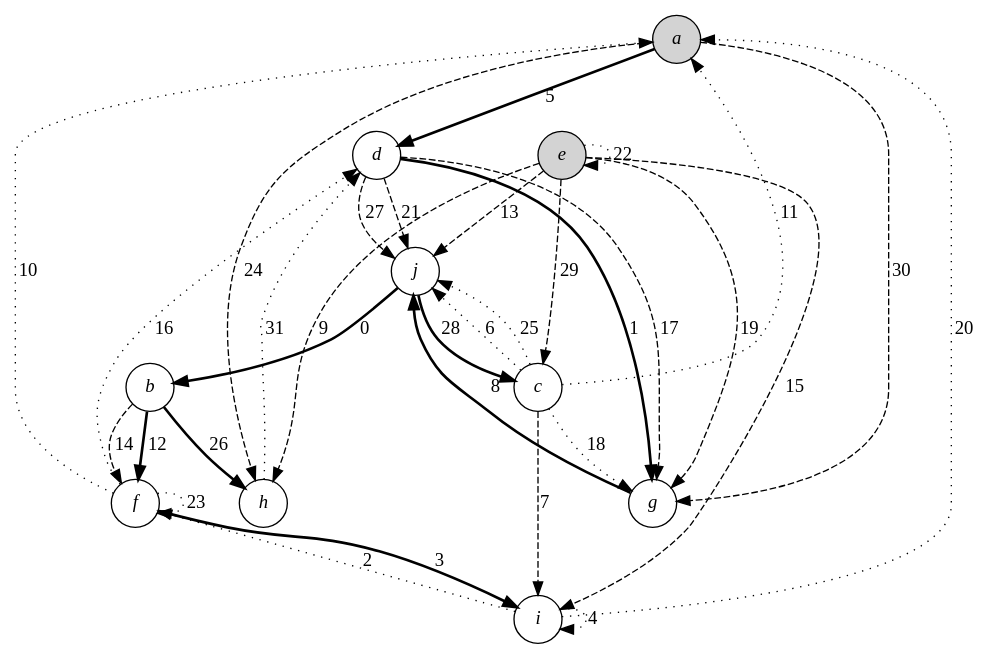
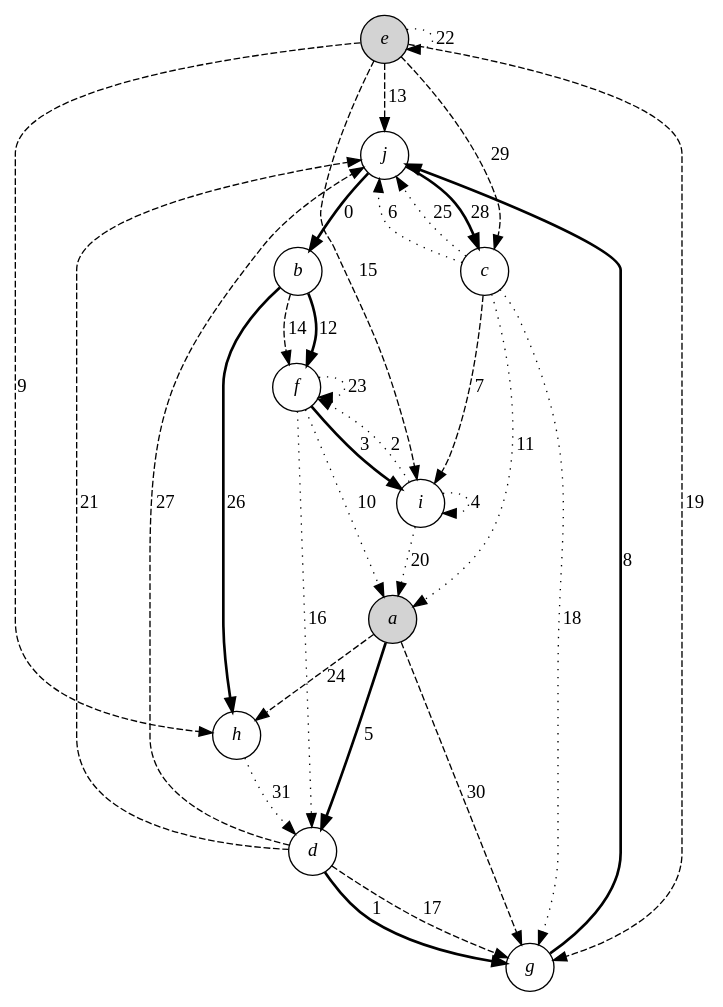
Before and after one commit to qbit86/arborescence: the diagram in src/Ubiquitous.Workbench/IndexedGraphs/04.gv, drawn with Graphviz. The commit also changed other lines of this file and 1 other file, not shown here.

```diff
--- a/src/Ubiquitous.Workbench/IndexedGraphs/04.gv
+++ b/src/Ubiquitous.Workbench/IndexedGraphs/04.gv
@@ -1,37 +1,37 @@
 digraph "Boost DFS forest" {
   node [shape=circle fontname="Times-Italic"]
-  a [style=filled]
-  e [style=filled]
   j -> b [label=0 style=bold]
   d -> g [label=1 style=bold]
   i -> f [label=2 style=dotted]
   f -> i [label=3 style=bold]
   i -> i [label=4 style=dotted]
   a -> d [label=5 style=bold]
   c -> j [label=6 style=dotted]
   c -> i [label=7 style=dashed]
   g -> j [label=8 style=bold]
   e -> h [label=9 style=dashed]
   f -> a [label=10 style=dotted]
   c -> a [label=11 style=dotted]
   b -> f [label=12 style=bold]
   e -> j [label=13 style=dashed]
   b -> f [label=14 style=dashed]
   e -> i [label=15 style=dashed]
   f -> d [label=16 style=dotted]
   d -> g [label=17 style=dashed]
   c -> g [label=18 style=dotted]
   e -> g [label=19 style=dashed]
   i -> a [label=20 style=dotted]
   d -> j [label=21 style=dashed]
   e -> e [label=22 style=dotted]
   f -> f [label=23 style=dotted]
   a -> h [label=24 style=dashed]
   c -> j [label=25 style=dotted]
   b -> h [label=26 style=bold]
   d -> j [label=27 style=dashed]
   j -> c [label=28 style=bold]
   e -> c [label=29 style=dashed]
   a -> g [label=30 style=dashed]
   h -> d [label=31 style=dotted]
+  a [style=filled]
+  e [style=filled]
 }
```
